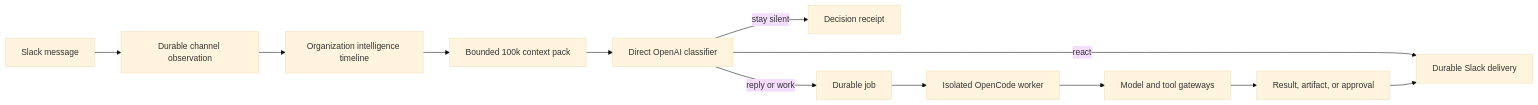
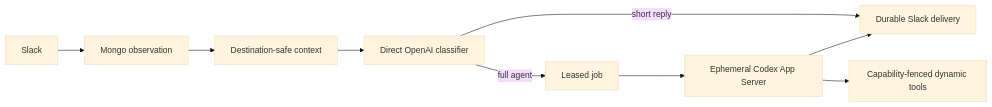
The diagram in README.md (telemetryOS/tos-tag), drawn with Mermaid (base theme) before and after one commit. The commit also changed other lines of this file and 101 other files, not shown here.

Commit message:
feat: complete Codex Slack agent runtime

````diff
--- a/README.md
+++ b/README.md
@@ -55,14 +53,11 @@
 ```mermaid
 flowchart LR
-    S["Slack message"] --> O["Durable channel observation"]
-    O --> I["Organization intelligence timeline"]
-    I --> C["Bounded 100k context pack"]
-    C --> D["Direct OpenAI classifier"]
-    D -->|"stay silent"| R["Decision receipt"]
-    D -->|"react"| Q["Durable Slack delivery"]
-    D -->|"reply or work"| J["Durable job"]
-    J --> W["Isolated OpenCode worker"]
-    W --> G["Model and tool gateways"]
-    G --> X["Result, artifact, or approval"]
-    X --> Q
+    Slack --> Observe["Mongo observation"]
+    Observe --> Context["Destination-safe context"]
+    Context --> Classifier["Direct OpenAI classifier"]
+    Classifier -->|short reply| Delivery["Durable Slack delivery"]
+    Classifier -->|full agent| Job["Leased job"]
+    Job --> Codex["Ephemeral Codex App Server"]
+    Codex --> Tools["Capability-fenced dynamic tools"]
+    Codex --> Delivery
 ```
````
